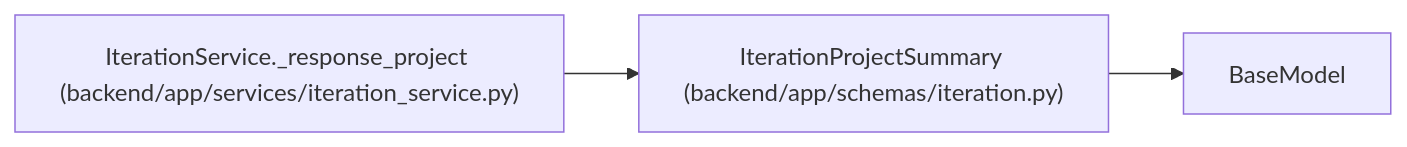
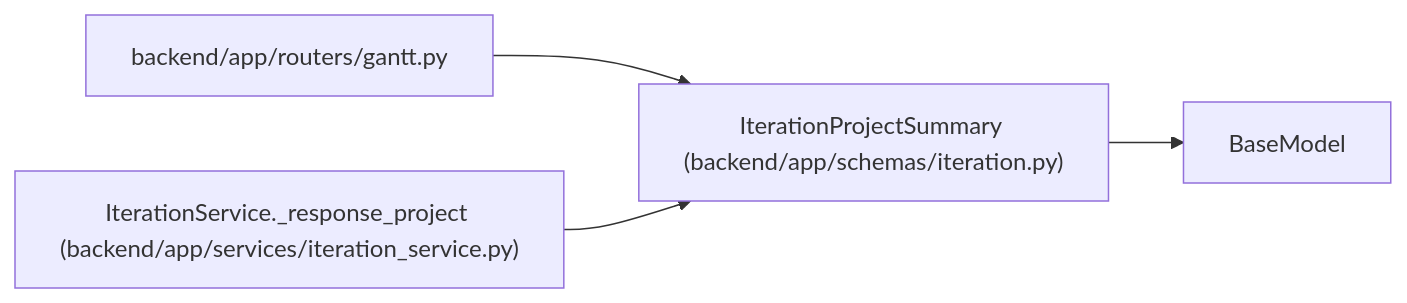
The diagram in docs/llm_wiki/entities/IterationProjectSummary.md (Denissvgn/WorkChord), drawn with Mermaid before and after one commit. The commit also changed other lines of this file and 1817 other files, not shown here.

First line of the commit message:
Refresh the architectural wiki for the 1.9.0 changes

````diff
--- a/docs/llm_wiki/entities/IterationProjectSummary.md
+++ b/docs/llm_wiki/entities/IterationProjectSummary.md
@@ -34,10 +34,13 @@
 ```mermaid
 flowchart LR
     n0["IterationProjectSummary (backend/app/schemas/iteration.py)"]
     n1["BaseModel"]
-    n2["IterationService._response_project (backend/app/services/iteration_service.py)"]
+    n2["backend/app/routers/gantt.py"]
+    n3["IterationService._response_project (backend/app/services/iteration_service.py)"]
     n0 --> n1
     n2 --> n0
+    n3 --> n0
     click n0 "../modules/schemas_iteration.md"
-    click n2 "../modules/iteration_service.md"
+    click n2 "../modules/routers_gantt.md"
+    click n3 "../modules/iteration_service.md"
 ```
````
